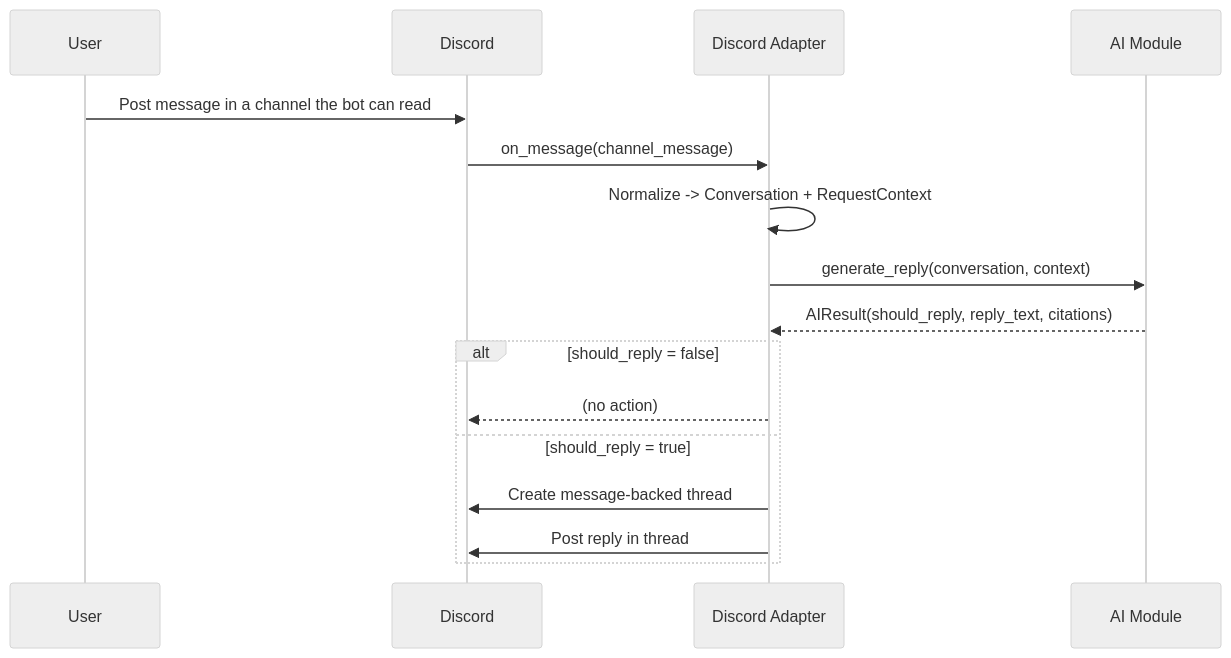
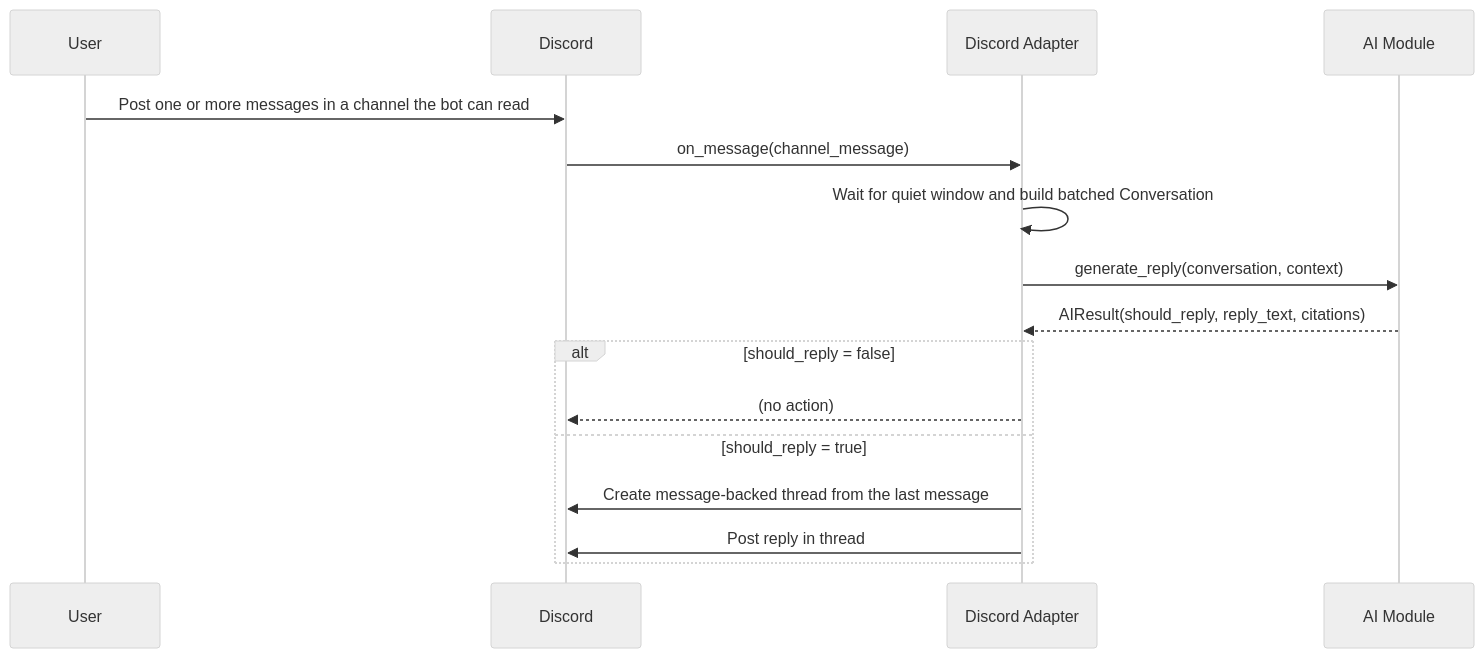
The first of 2 diagrams in docs/module-bot-integration.md (crynux-network/community-intern), drawn with Mermaid (neutral theme) before and after one commit. The commit also changed other lines of this file and 4 other files, not shown here.

````diff
--- a/docs/module-bot-integration.md
+++ b/docs/module-bot-integration.md
@@ -116,19 +133,19 @@
 ```mermaid
 sequenceDiagram
   participant U as User
   participant D as Discord
   participant A as Discord Adapter
   participant AI as AI Module
 
-  U->>D: Post message in a channel the bot can read
+  U->>D: Post one or more messages in a channel the bot can read
   D->>A: on_message(channel_message)
-  A->>A: Normalize -> Conversation + RequestContext
+  A->>A: Wait for quiet window and build batched Conversation
   A->>AI: generate_reply(conversation, context)
   AI-->>A: AIResult(should_reply, reply_text, citations)
   alt should_reply = false
     A-->>D: (no action)
   else should_reply = true
-    A->>D: Create message-backed thread
+    A->>D: Create message-backed thread from the last message
     A->>D: Post reply in thread
   end
 ```
````
